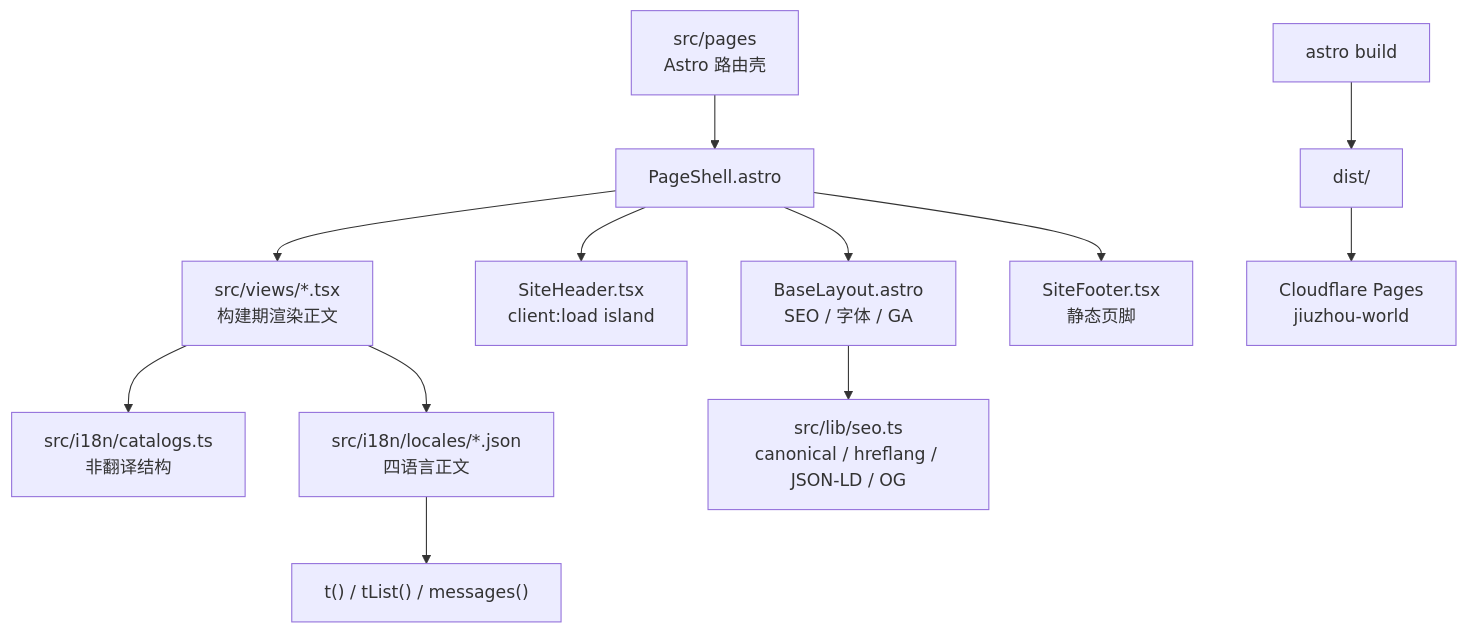
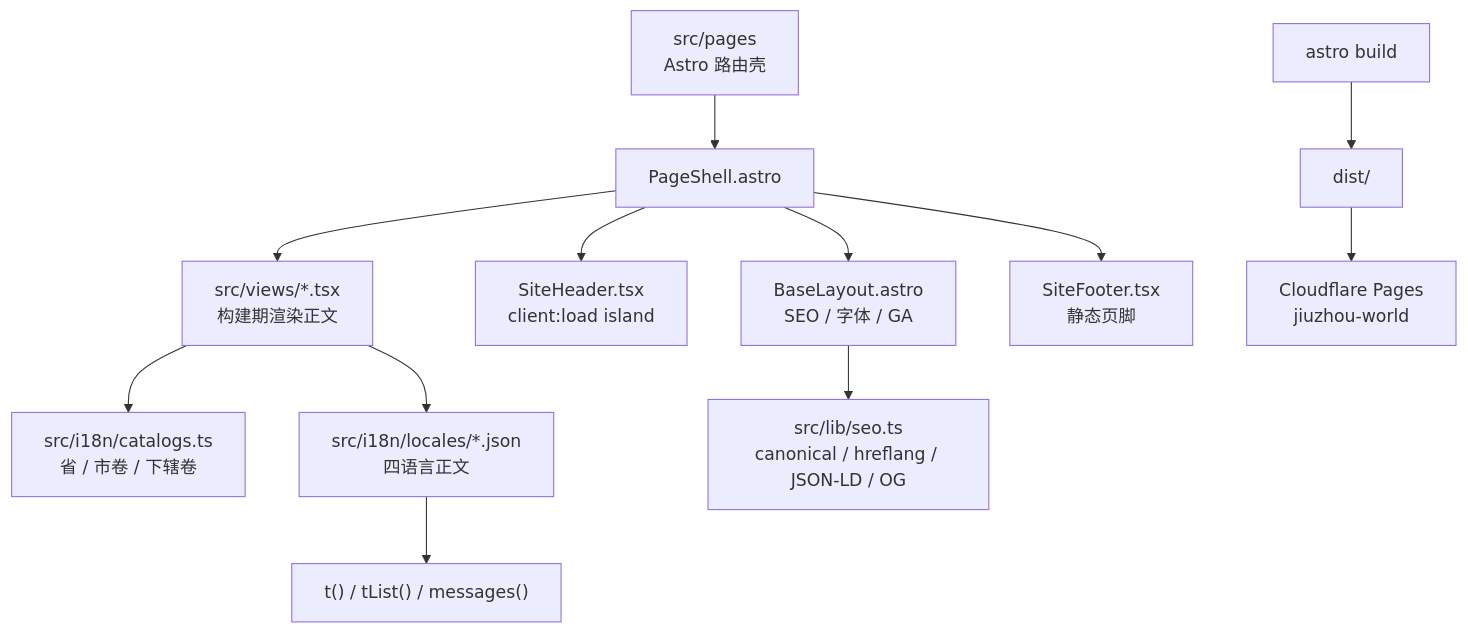
Before and after one commit to robinv8/jiuzhou-world: the first of 2 diagrams in brain/architecture.md, drawn with Mermaid. The commit also changed other lines of this file and 188 other files, not shown here.

````diff
--- a/brain/architecture.md
+++ b/brain/architecture.md
@@ -12,14 +14,14 @@
 ```mermaid
 graph TD
   Pages["src/pages\nAstro 路由壳"] --> Shell["PageShell.astro"]
   Shell --> Layout["BaseLayout.astro\nSEO / 字体 / GA"]
   Shell --> Header["SiteHeader.tsx\nclient:load island"]
   Shell --> Views["src/views/*.tsx\n构建期渲染正文"]
   Shell --> Footer["SiteFooter.tsx\n静态页脚"]
-  Views --> Catalogs["src/i18n/catalogs.ts\n非翻译结构"]
+  Views --> Catalogs["src/i18n/catalogs.ts\n省 / 市卷 / 下辖卷"]
   Views --> Messages["src/i18n/locales/*.json\n四语言正文"]
   Messages --> T["t() / tList() / messages()"]
   Layout --> SEO["src/lib/seo.ts\ncanonical / hreflang / JSON-LD / OG"]
   Build["astro build"] --> Dist["dist/"]
   Dist --> CF["Cloudflare Pages\njiuzhou-world"]
 ```
````
